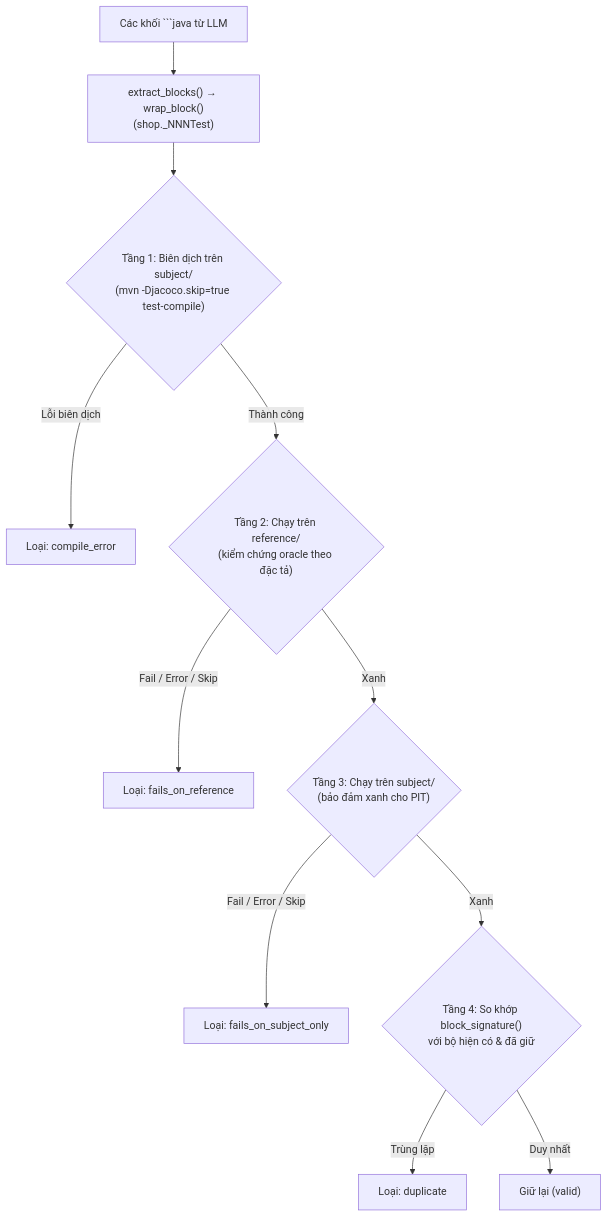
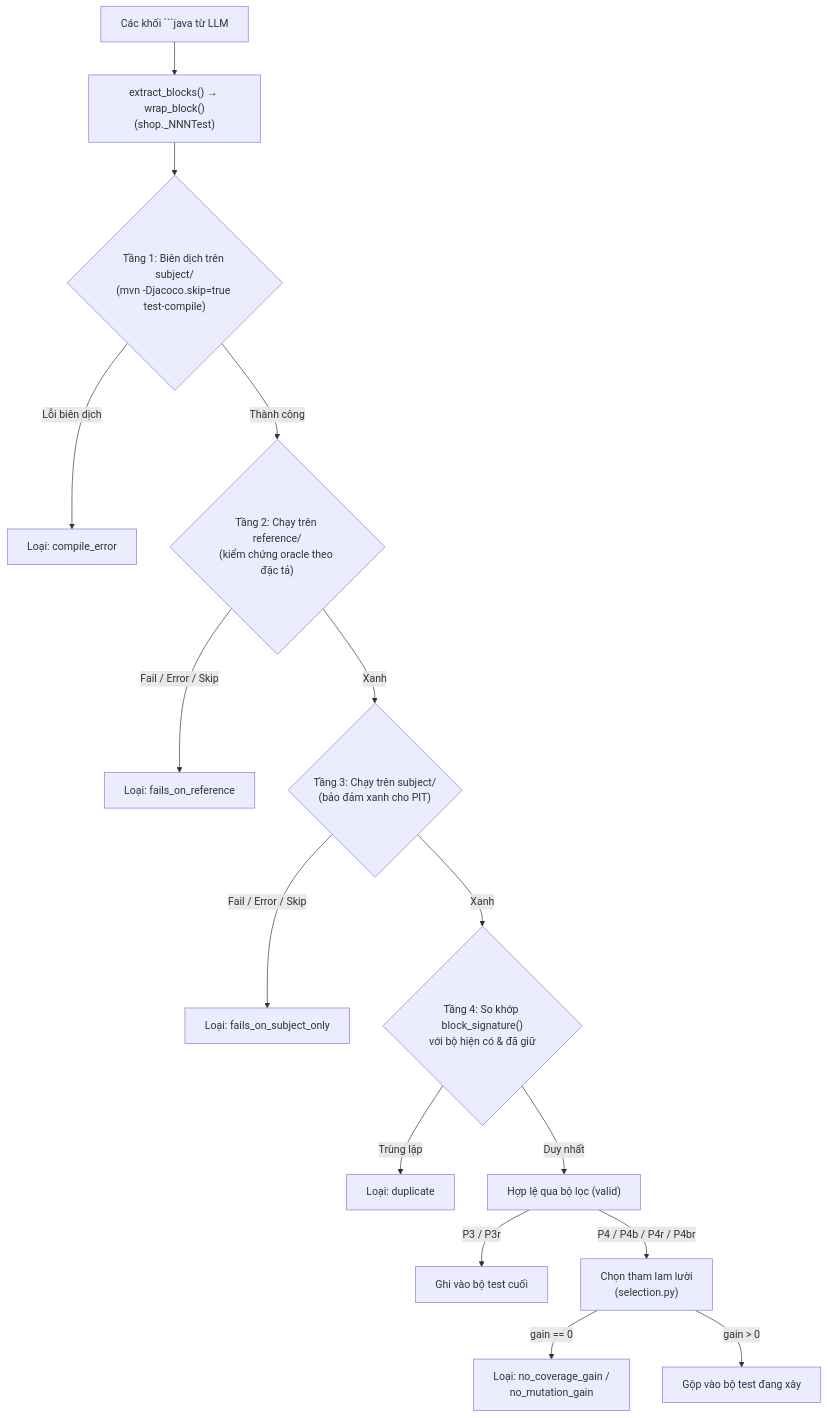
Before and after one commit to QuangHa0110/software-verification-validation: the second of 2 diagrams in docs/report/chuong-3-phuong-phap.md, drawn with Mermaid. The commit also changed other lines of this file and 5 other files, not shown here.

Commit message:
docs: cập nhật chương 3–4 theo mã thực tế (prompt, P4/P4b, chọn tham lam) và thiết kế thí nghiệm ngữ cảnh hạn chế

````diff
--- a/docs/report/chuong-3-phuong-phap.md
+++ b/docs/report/chuong-3-phuong-phap.md
@@ -273,13 +334,17 @@
 ```mermaid
 flowchart TD
     RAW["Các khối ```java từ LLM"] --> WRAP["extract_blocks() → wrap_block()\n(shop.<Prefix>_NNNTest)"]
     WRAP --> S1{"Tầng 1: Biên dịch trên subject/\n(mvn -Djacoco.skip=true test-compile)"}
     S1 -->|"Lỗi biên dịch"| D1["Loại: compile_error"]
     S1 -->|"Thành công"| S2{"Tầng 2: Chạy trên reference/\n(kiểm chứng oracle theo đặc tả)"}
     S2 -->|"Fail / Error / Skip"| D2["Loại: fails_on_reference"]
     S2 -->|"Xanh"| S3{"Tầng 3: Chạy trên subject/\n(bảo đảm xanh cho PIT)"}
     S3 -->|"Fail / Error / Skip"| D3["Loại: fails_on_subject_only"]
     S3 -->|"Xanh"| S4{"Tầng 4: So khớp block_signature()\nvới bộ hiện có & đã giữ"}
     S4 -->|"Trùng lặp"| D4["Loại: duplicate"]
-    S4 -->|"Duy nhất"| KEEP["Giữ lại (valid)"]
+    S4 -->|"Duy nhất"| KEEP["Hợp lệ qua bộ lọc (valid)"]
+    KEEP -->|"P3 / P3r"| OUT3["Ghi vào bộ test cuối"]
+    KEEP -->|"P4 / P4b / P4r / P4br"| SEL["Chọn tham lam lười\n(selection.py)"]
+    SEL -->|"gain == 0"| D5["Loại: no_coverage_gain /\nno_mutation_gain"]
+    SEL -->|"gain > 0"| OUT4["Gộp vào bộ test đang xây"]
 ```
````
